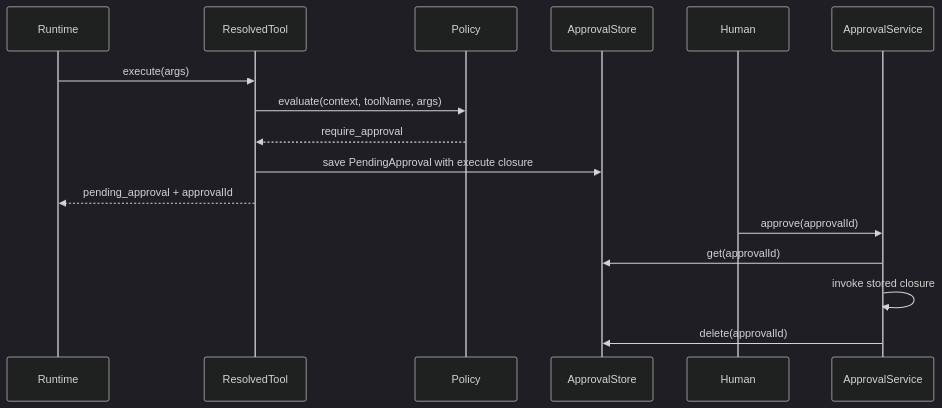
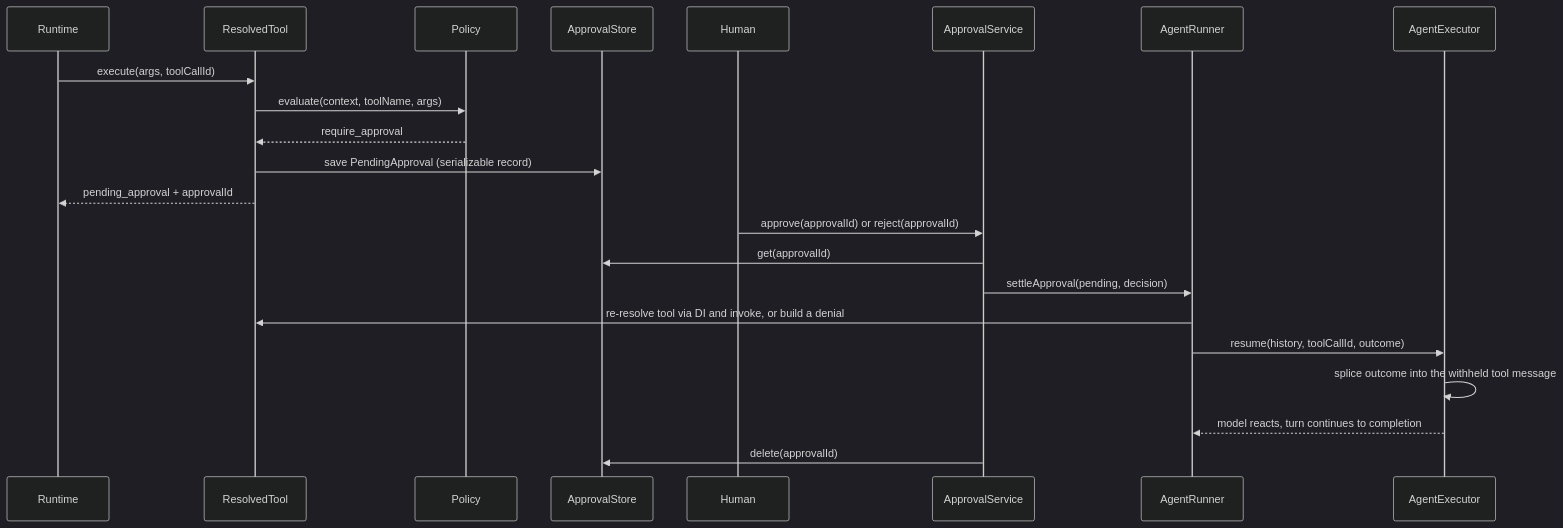
Before and after one commit to irzix/nestjs-agentic: the second of 4 diagrams in docs/ARCHITECTURE.md, drawn with Mermaid (dark theme). The commit also changed other lines of this file and 20 other files, not shown here.

First line of the commit message:
feat(core): resumable, durable human-in-the-loop approval (#14)

````diff
--- a/docs/ARCHITECTURE.md
+++ b/docs/ARCHITECTURE.md
@@ -97,19 +97,25 @@
 ```mermaid
 sequenceDiagram
     participant Runtime
     participant Tool as ResolvedTool
     participant Policy
     participant Store as ApprovalStore
     participant Human
     participant Service as ApprovalService
+    participant Runner as AgentRunner
+    participant Executor as AgentExecutor
 
-    Runtime->>Tool: execute(args)
+    Runtime->>Tool: execute(args, toolCallId)
     Tool->>Policy: evaluate(context, toolName, args)
     Policy-->>Tool: require_approval
-    Tool->>Store: save PendingApproval with execute closure
+    Tool->>Store: save PendingApproval (serializable record)
     Tool-->>Runtime: pending_approval + approvalId
-    Human->>Service: approve(approvalId)
+    Human->>Service: approve(approvalId) or reject(approvalId)
     Service->>Store: get(approvalId)
-    Service->>Service: invoke stored closure
+    Service->>Runner: settleApproval(pending, decision)
+    Runner->>Tool: re-resolve tool via DI and invoke, or build a denial
+    Runner->>Executor: resume(history, toolCallId, outcome)
+    Executor->>Executor: splice outcome into the withheld tool message
+    Executor-->>Runner: model reacts, turn continues to completion
     Service->>Store: delete(approvalId)
 ```
````
